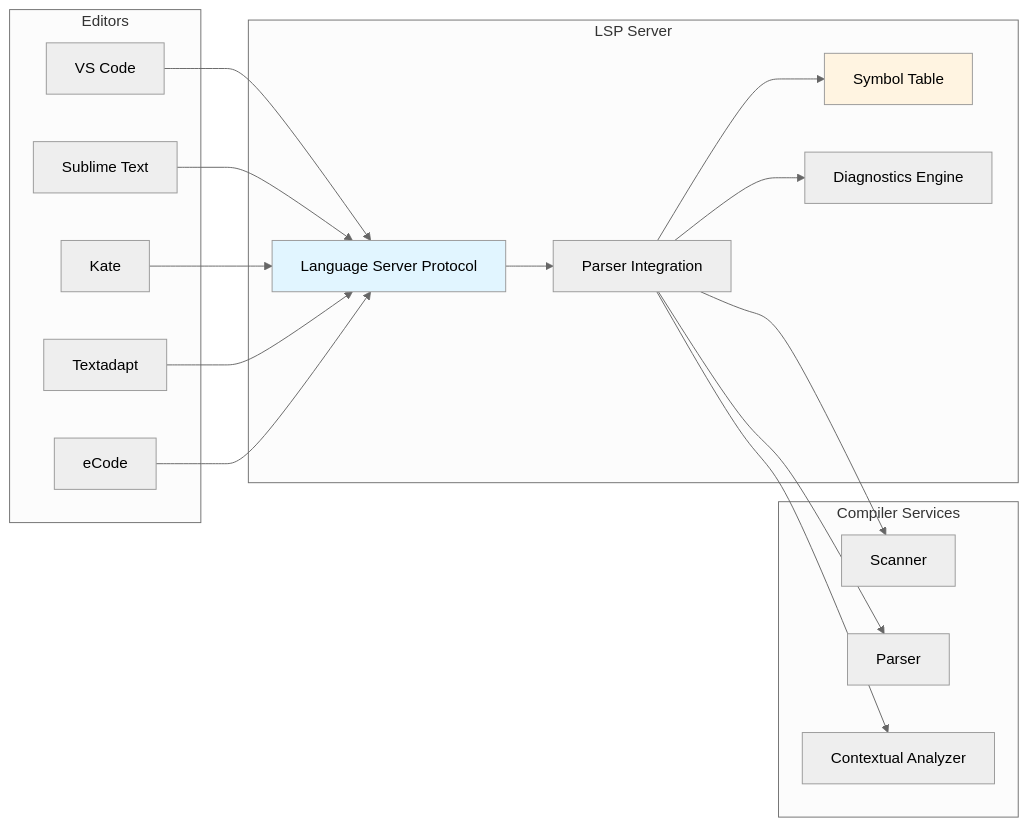
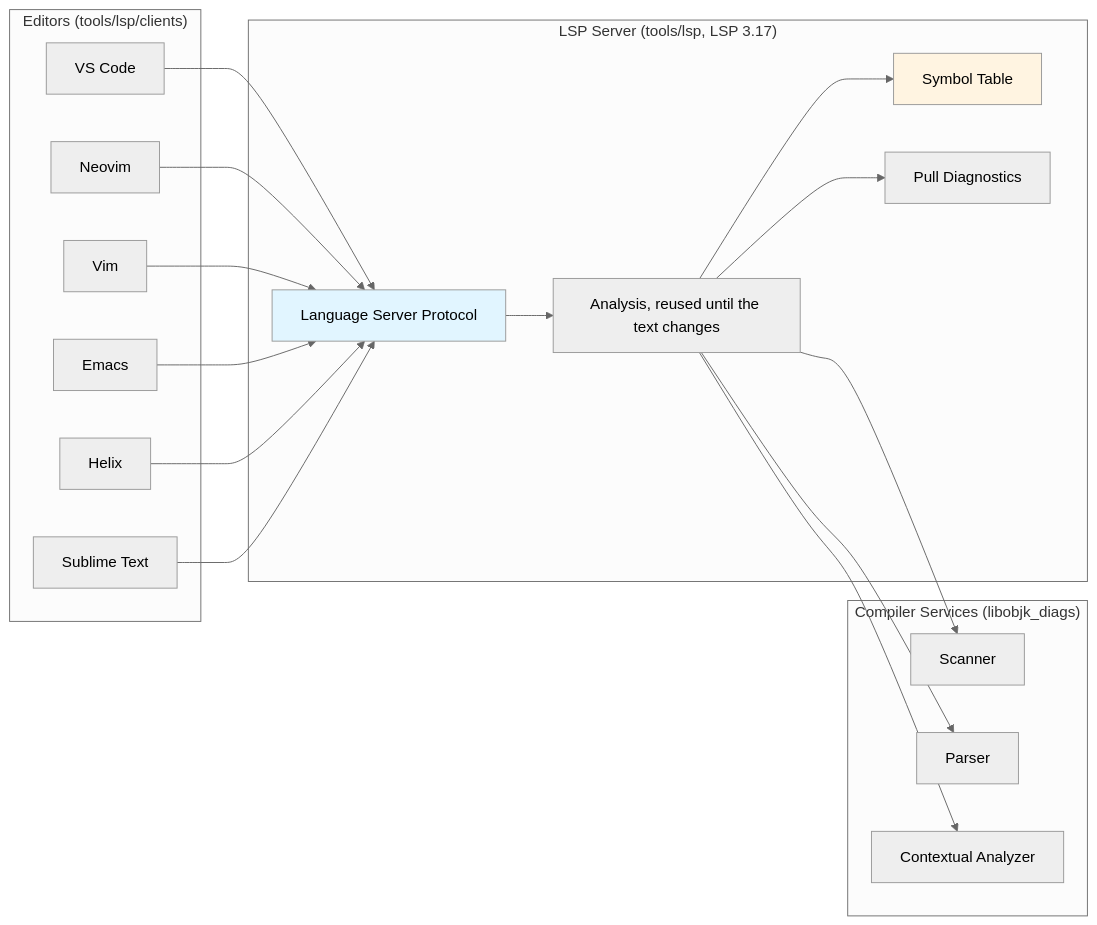
Before and after one commit to objeck/objeck-lang: diagram 14 of 24 in docs/architecture.md, drawn with Mermaid (neutral theme). The commit also changed other lines of this file and 35 other files, not shown here.

First line of the commit message:
chore: remove unused docs and assets; bring architecture.md up to date

````diff
--- a/docs/architecture.md
+++ b/docs/architecture.md
@@ -752,31 +695,32 @@
 ```mermaid
 graph LR
-    subgraph "Editors"
+    subgraph "Editors (tools/lsp/clients)"
         A1[VS Code]
-        A2[Sublime Text]
-        A3[Kate]
-        A4[Textadapt]
-        A5[eCode]
+        A2[Neovim]
+        A3[Vim]
+        A4[Emacs]
+        A5[Helix]
+        A6[Sublime Text]
     end
 
-    subgraph "LSP Server"
+    subgraph "LSP Server (tools/lsp, LSP 3.17)"
         B[Language Server Protocol]
-        C[Parser Integration]
+        C[Analysis, reused until the text changes]
         D[Symbol Table]
-        E[Diagnostics Engine]
+        E[Pull Diagnostics]
     end
 
-    subgraph "Compiler Services"
+    subgraph "Compiler Services (libobjk_diags)"
         F[Scanner]
         G[Parser]
         H[Contextual Analyzer]
     end
 
-    A1 & A2 & A3 & A4 & A5 --> B
+    A1 & A2 & A3 & A4 & A5 & A6 --> B
     B --> C --> F & G & H
     C --> D
     C --> E
 
     style B fill:#e1f5ff
     style D fill:#fff4e1
 ```
````
